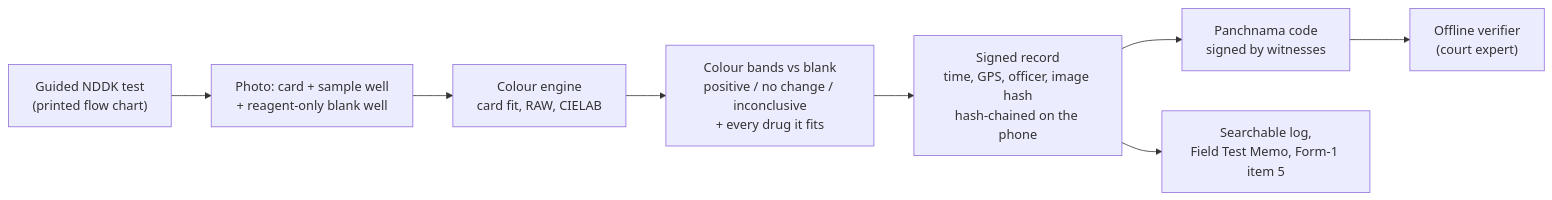
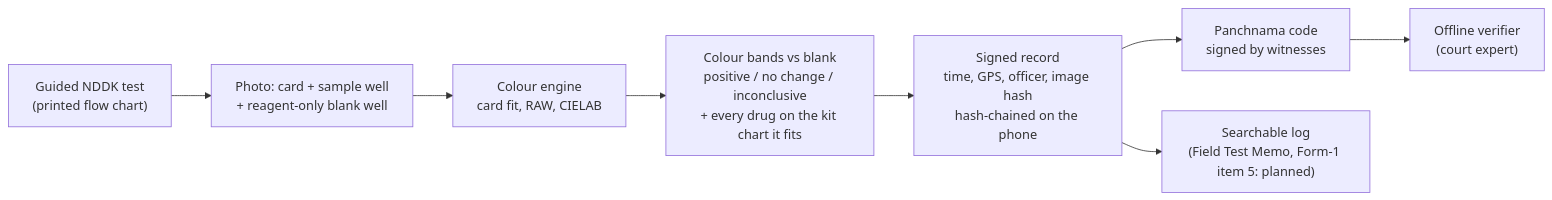
One commit to Harshith029/fieldtest-recorder changed the diagram in README.md. Above: the diagram before and after it, drawn with Mermaid. The commit also changed other lines of this file and 6 other files, not shown here.

First line of the commit message:
Submission triage: align deck, README and architecture page with what is built

````diff
--- a/README.md
+++ b/README.md
@@ -64,10 +64,10 @@
 ```mermaid
 flowchart LR
   A["Guided NDDK test<br/>(printed flow chart)"] --> B["Photo: card + sample well<br/>+ reagent-only blank well"]
   B --> C["Colour engine<br/>card fit, RAW, CIELAB"]
-  C --> D["Colour bands vs blank<br/>positive / no change / inconclusive<br/>+ every drug it fits"]
+  C --> D["Colour bands vs blank<br/>positive / no change / inconclusive<br/>+ every drug on the kit chart it fits"]
   D --> E["Signed record<br/>time, GPS, officer, image hash<br/>hash-chained on the phone"]
   E --> F["Panchnama code<br/>signed by witnesses"]
-  E --> G["Searchable log,<br/>Field Test Memo, Form-1 item 5"]
+  E --> G["Searchable log<br/>(Field Test Memo, Form-1 item 5: planned)"]
   F --> H["Offline verifier<br/>(court expert)"]
 ```
````
